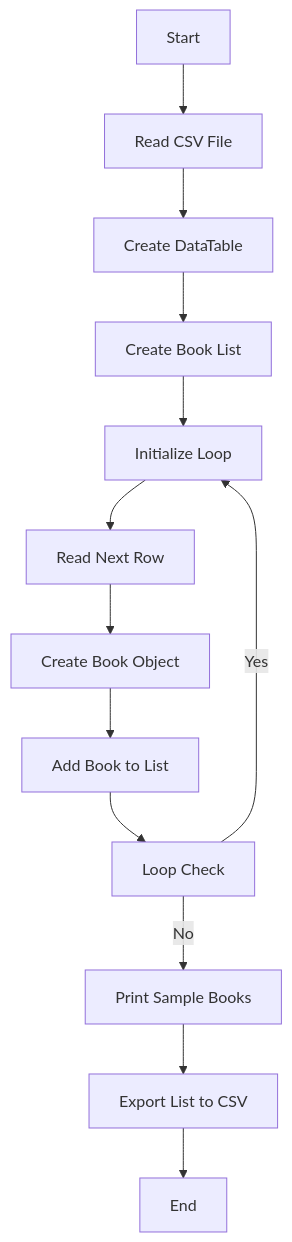
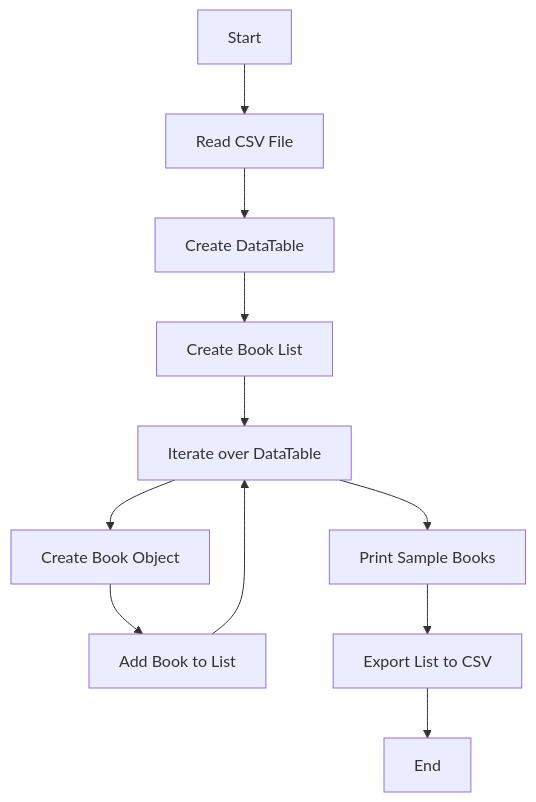
Before and after one commit to CompIsle/Unit-16-A2: the diagram in doc/Problem 2 Doc.md, drawn with Mermaid. The commit also changed other lines of this file and 1 other file, not shown here.

````diff
--- a/doc/Problem 2 Doc.md
+++ b/doc/Problem 2 Doc.md
@@ -38,15 +38,14 @@
 ```mermaid
 graph TD
 A[Start] --> B[Read CSV File]
 B --> C[Create DataTable]
 C --> D[Create Book List]
-D --> E[Initialize Loop]
-E --> F[Read Next Row]
-F --> G[Create Book Object]
-G --> H[Add Book to List]
-H --> I[Loop Check]
-I -- Yes --> E
-I -- No --> J[Print Sample Books]
-J --> K[Export List to CSV]
-K --> L[End]
+D --> E[Iterate over DataTable]
+E --> F[Create Book Object]
+F --> G[Add Book to List]
+G --> E
+E --> H[Print Sample Books]
+H --> I[Export List to CSV]
+I --> J[End]
+
 ```
````
